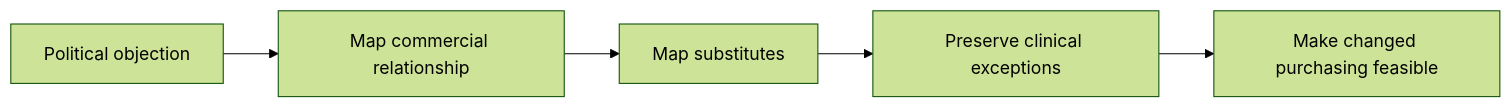
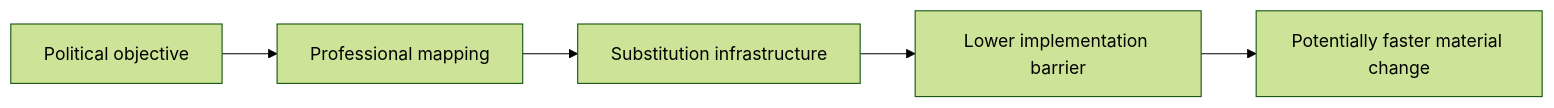
One commit to josefsbreakfast/Polaris-Protocol changed the fifth of 8 diagrams in 🌓_3_In_The_Moment/📲_Press_Matters/🇵🇸_Palestine_Factchecking/🌍_Global_Powers/🎯_what_was_bds_supposed_to_do.md. Above: the diagram before and after it, drawn with Mermaid (forest theme). The commit also changed other lines of this file, not shown here.

````diff
--- a/🌓_3_In_The_Moment/📲_Press_Matters/🇵🇸_Palestine_Factchecking/🌍_Global_Powers/🎯_what_was_bds_supposed_to_do.md
+++ b/🌓_3_In_The_Moment/📲_Press_Matters/🇵🇸_Palestine_Factchecking/🌍_Global_Powers/🎯_what_was_bds_supposed_to_do.md
@@ -236,8 +234,8 @@
 ```mermaid
 flowchart LR
-    A[Political objection]
-    --> B[Map commercial relationship]
-    --> C[Map substitutes]
-    --> D[Preserve clinical exceptions]
-    --> E[Make changed purchasing feasible]
+    A[Political objective]
+    --> B[Professional mapping]
+    --> C[Substitution infrastructure]
+    --> D[Lower implementation barrier]
+    --> E[Potentially faster material change]
 ```
````
